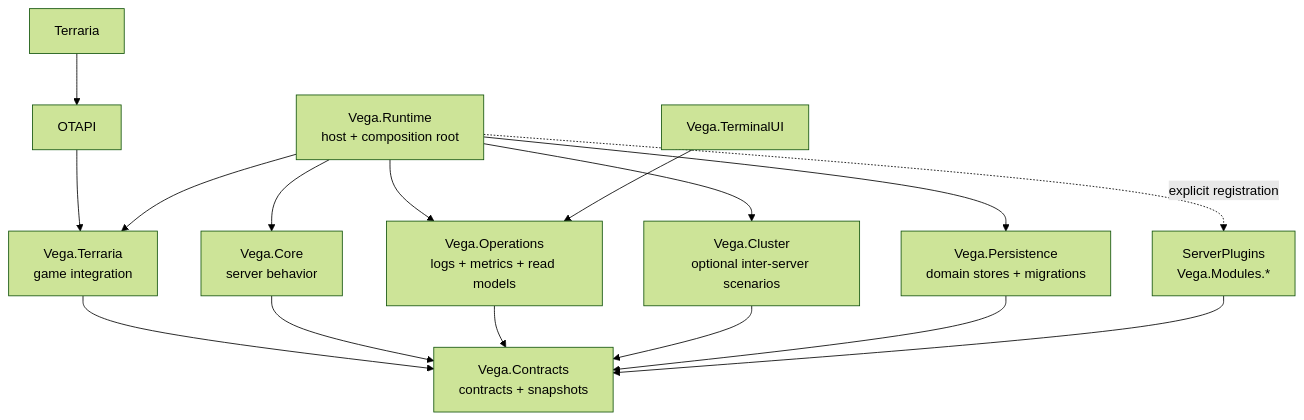
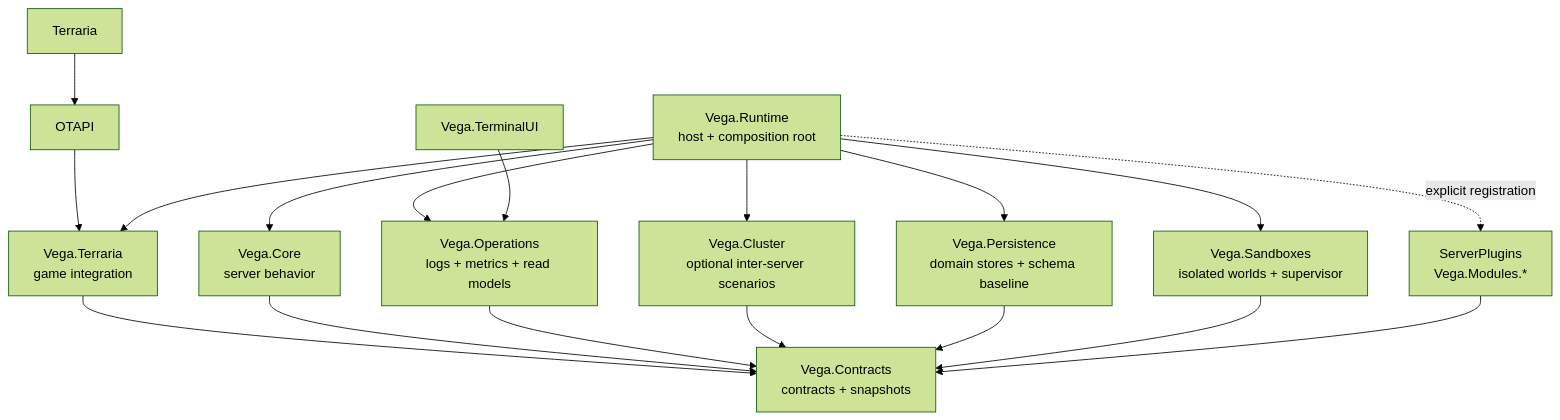
The diagram in README_EN.md (VegaKernel/Vega), drawn with Mermaid (forest theme) before and after one commit. The commit also changed other lines of this file and 49 other files, not shown here.

Commit message:
Add supervised isolated sandbox worlds

````diff
--- a/README_EN.md
+++ b/README_EN.md
@@ -17,21 +17,23 @@
 ```mermaid
 flowchart TB
     Terraria["Terraria"] --> OTAPI["OTAPI"]
     OTAPI --> TerrariaAdapter["Vega.Terraria<br/>game integration"]
 
     Runtime["Vega.Runtime<br/>host + composition root"] --> TerrariaAdapter
     Runtime --> Core["Vega.Core<br/>server behavior"]
     Runtime --> Operations["Vega.Operations<br/>logs + metrics + read models"]
     Runtime --> Cluster["Vega.Cluster<br/>optional inter-server scenarios"]
-    Runtime --> Persistence["Vega.Persistence<br/>domain stores + migrations"]
+    Runtime --> Persistence["Vega.Persistence<br/>domain stores + schema baseline"]
+    Runtime --> Sandboxes["Vega.Sandboxes<br/>isolated worlds + supervisor"]
     Runtime -. "explicit registration" .-> Modules["ServerPlugins<br/>Vega.Modules.*"]
 
     TerrariaAdapter --> Contracts["Vega.Contracts<br/>contracts + snapshots"]
     Core --> Contracts
     Operations --> Contracts
     Cluster --> Contracts
     Persistence --> Contracts
+    Sandboxes --> Contracts
     Modules --> Contracts
 
     TerminalUI["Vega.TerminalUI"] --> Operations
 ```
````
